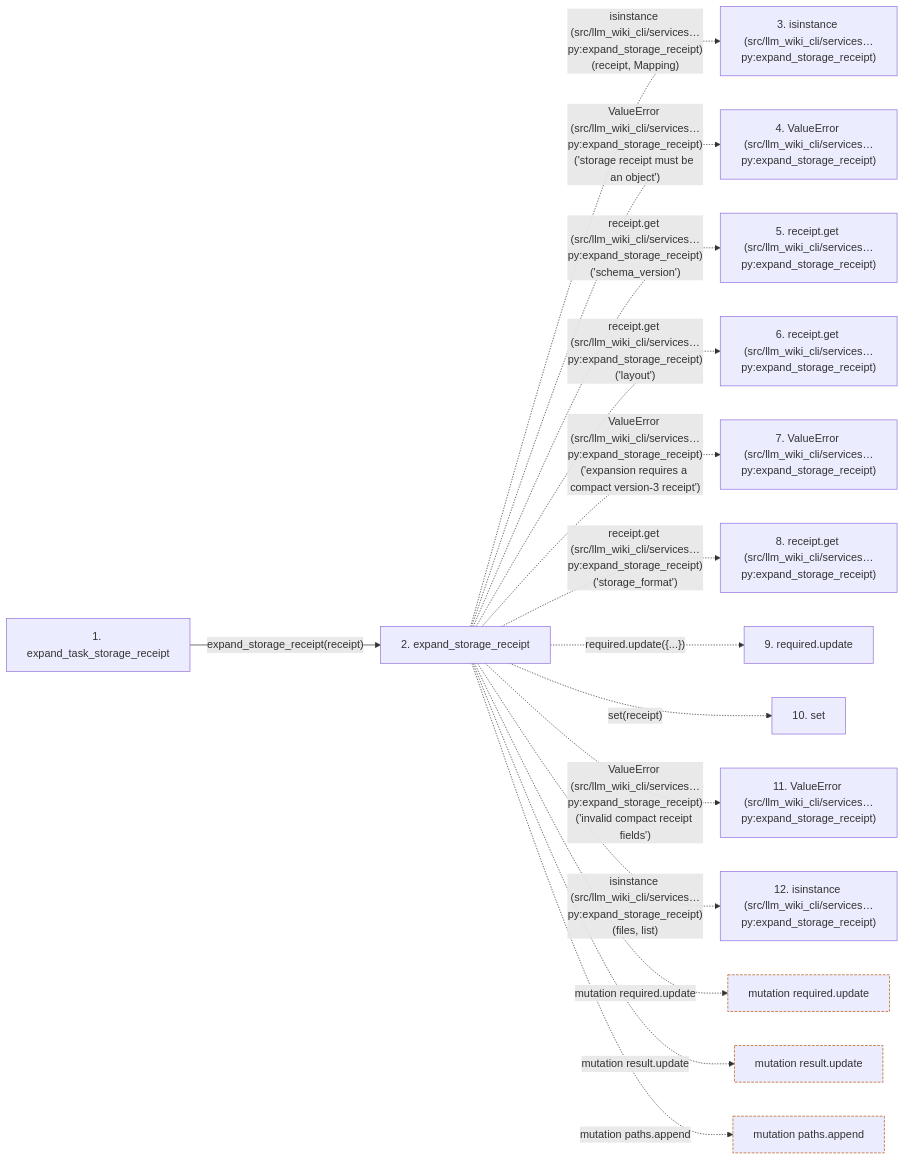
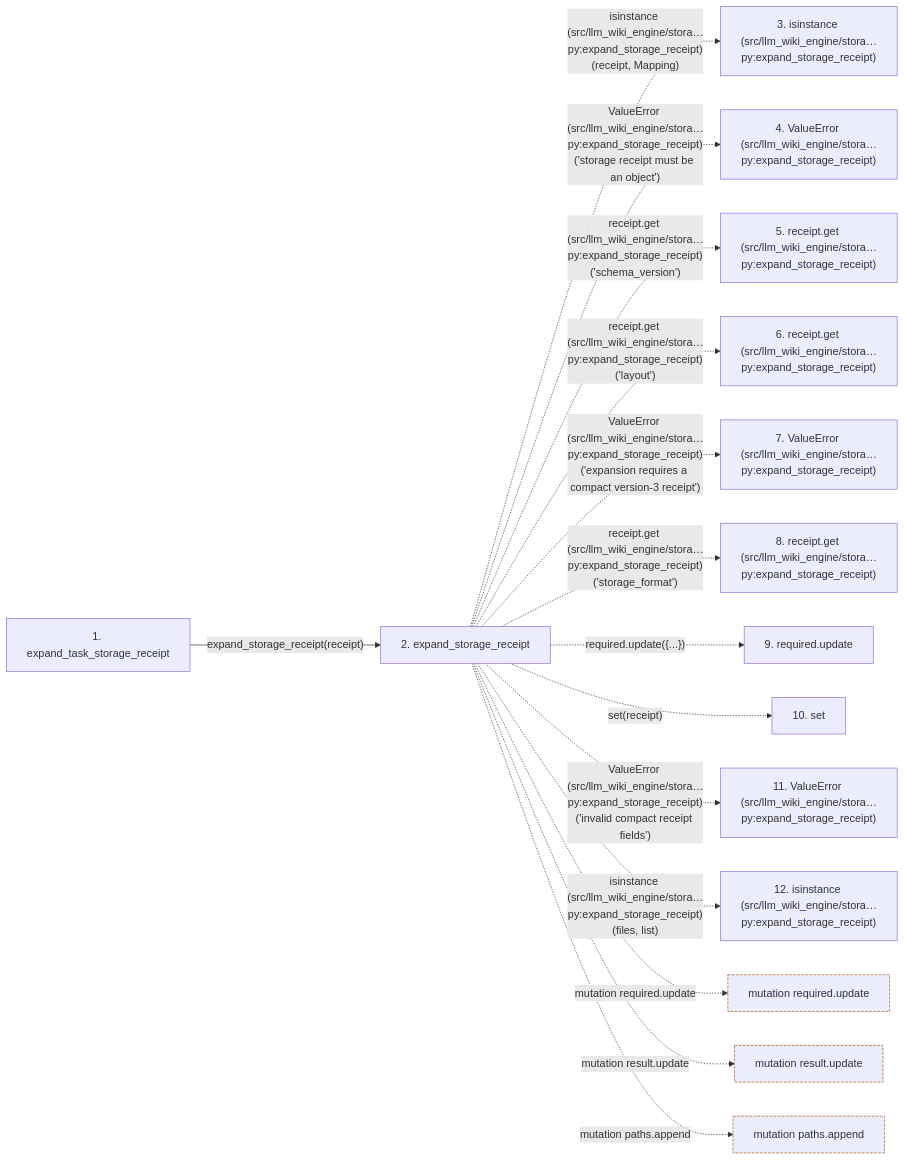
One commit to Denissvgn/python-wiki-llm changed the second of 2 diagrams in docs/llm_wiki/flows/api-expand_task_storage_receipt.md. Above: the diagram before and after it, drawn with Mermaid. The commit also changed other lines of this file and 1058 other files, not shown here.

````diff
--- a/docs/llm_wiki/flows/api-expand_task_storage_receipt.md
+++ b/docs/llm_wiki/flows/api-expand_task_storage_receipt.md
@@ -133,38 +133,38 @@
 ```mermaid
 flowchart LR
     s1["1. expand_task_storage_receipt"]
     s2["2. expand_storage_receipt"]
-    s3["3. isinstance (src/llm_wiki_cli/services…py:expand_storage_receipt)"]
-    s4["4. ValueError (src/llm_wiki_cli/services…py:expand_storage_receipt)"]
-    s5["5. receipt.get (src/llm_wiki_cli/services…py:expand_storage_receipt)"]
-    s6["6. receipt.get (src/llm_wiki_cli/services…py:expand_storage_receipt)"]
-    s7["7. ValueError (src/llm_wiki_cli/services…py:expand_storage_receipt)"]
-    s8["8. receipt.get (src/llm_wiki_cli/services…py:expand_storage_receipt)"]
+    s3["3. isinstance (src/llm_wiki_engine/stora…py:expand_storage_receipt)"]
+    s4["4. ValueError (src/llm_wiki_engine/stora…py:expand_storage_receipt)"]
+    s5["5. receipt.get (src/llm_wiki_engine/stora…py:expand_storage_receipt)"]
+    s6["6. receipt.get (src/llm_wiki_engine/stora…py:expand_storage_receipt)"]
+    s7["7. ValueError (src/llm_wiki_engine/stora…py:expand_storage_receipt)"]
+    s8["8. receipt.get (src/llm_wiki_engine/stora…py:expand_storage_receipt)"]
     s9["9. required.update"]
     s10["10. set"]
-    s11["11. ValueError (src/llm_wiki_cli/services…py:expand_storage_receipt)"]
-    s12["12. isinstance (src/llm_wiki_cli/services…py:expand_storage_receipt)"]
+    s11["11. ValueError (src/llm_wiki_engine/stora…py:expand_storage_receipt)"]
+    s12["12. isinstance (src/llm_wiki_engine/stora…py:expand_storage_receipt)"]
     s1 -->|"expand_storage_receipt(receipt)"| s2
-    s2 -. "isinstance (src/llm_wiki_cli/services…py:expand_storage_receipt)(receipt, Mapping)" .-> s3
-    s2 -. "ValueError (src/llm_wiki_cli/services…py:expand_storage_receipt)('storage receipt must be an object')" .-> s4
-    s2 -. "receipt.get (src/llm_wiki_cli/services…py:expand_storage_receipt)('schema_version')" .-> s5
-    s2 -. "receipt.get (src/llm_wiki_cli/services…py:expand_storage_receipt)('layout')" .-> s6
-    s2 -. "ValueError (src/llm_wiki_cli/services…py:expand_storage_receipt)('expansion requires a compact version-3 receipt')" .-> s7
-    s2 -. "receipt.get (src/llm_wiki_cli/services…py:expand_storage_receipt)('storage_format')" .-> s8
+    s2 -. "isinstance (src/llm_wiki_engine/stora…py:expand_storage_receipt)(receipt, Mapping)" .-> s3
+    s2 -. "ValueError (src/llm_wiki_engine/stora…py:expand_storage_receipt)('storage receipt must be an object')" .-> s4
+    s2 -. "receipt.get (src/llm_wiki_engine/stora…py:expand_storage_receipt)('schema_version')" .-> s5
+    s2 -. "receipt.get (src/llm_wiki_engine/stora…py:expand_storage_receipt)('layout')" .-> s6
+    s2 -. "ValueError (src/llm_wiki_engine/stora…py:expand_storage_receipt)('expansion requires a compact version-3 receipt')" .-> s7
+    s2 -. "receipt.get (src/llm_wiki_engine/stora…py:expand_storage_receipt)('storage_format')" .-> s8
     s2 -. "required.update({...})" .-> s9
     s2 -. "set(receipt)" .-> s10
-    s2 -. "ValueError (src/llm_wiki_cli/services…py:expand_storage_receipt)('invalid compact receipt fields')" .-> s11
-    s2 -. "isinstance (src/llm_wiki_cli/services…py:expand_storage_receipt)(files, list)" .-> s12
+    s2 -. "ValueError (src/llm_wiki_engine/stora…py:expand_storage_receipt)('invalid compact receipt fields')" .-> s11
+    s2 -. "isinstance (src/llm_wiki_engine/stora…py:expand_storage_receipt)(files, list)" .-> s12
     b0["mutation required.update"]
     s2 -. "mutation required.update" .-> b0
     b1["mutation result.update"]
     s2 -. "mutation result.update" .-> b1
     b2["mutation paths.append"]
     s2 -. "mutation paths.append" .-> b2
     click s1 "../modules/api.md"
     click s2 "../modules/storage_receipts.md"
     classDef boundary stroke:#b45309,stroke-dasharray: 4 2
     class b0 boundary
     class b1 boundary
     class b2 boundary
 ```
````
